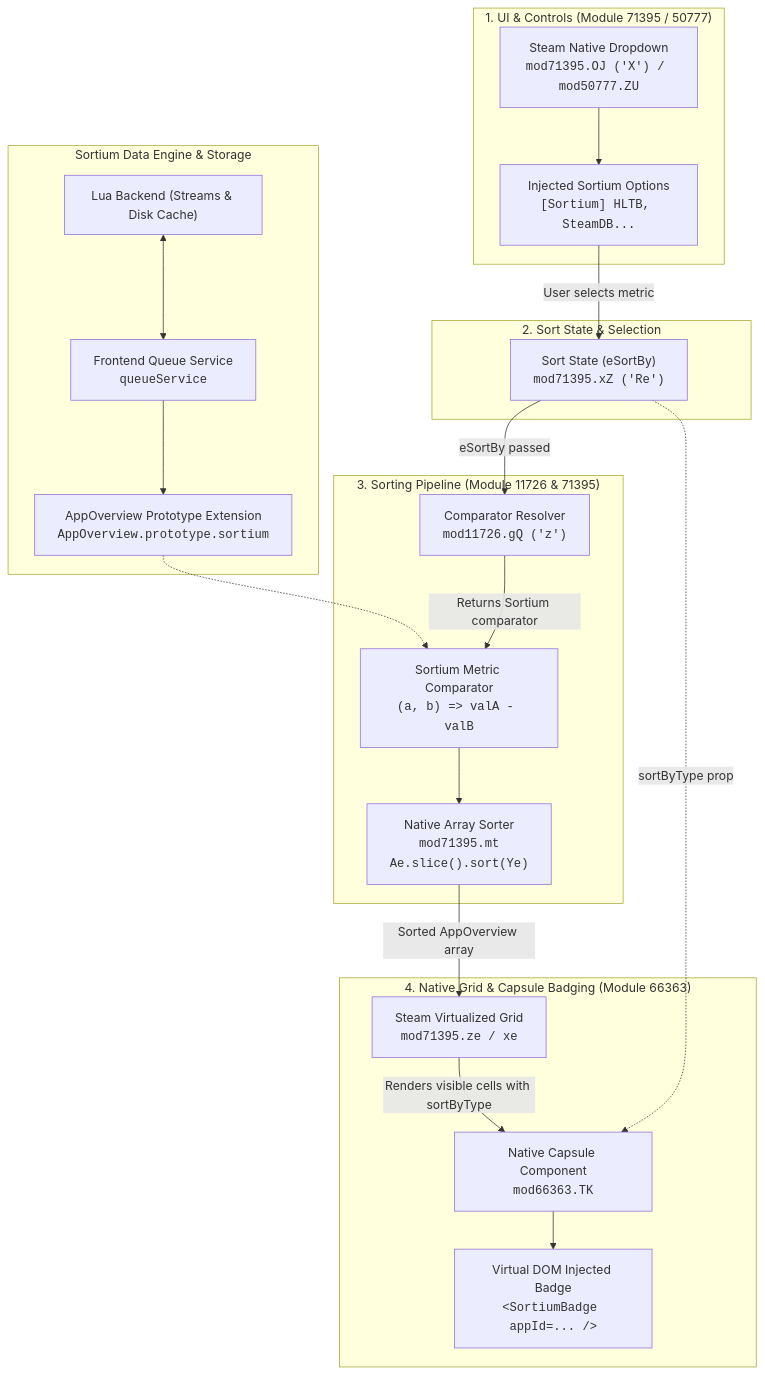
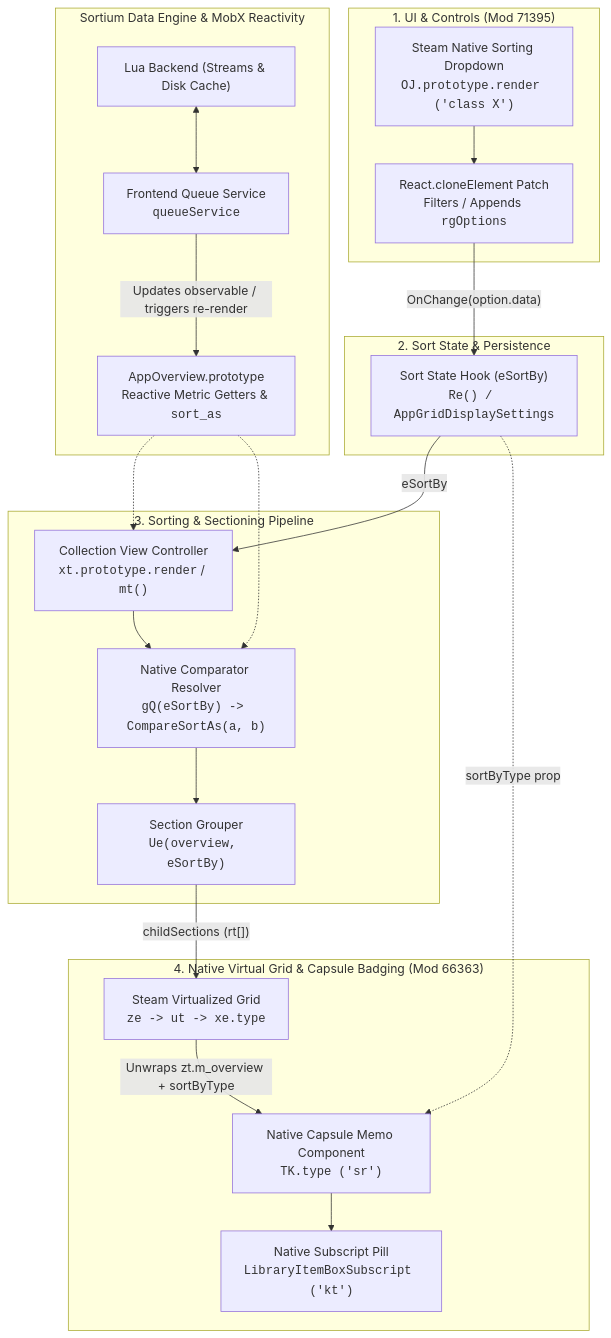
Before and after one commit to SalvadorCorreia/Sortium: the first of 2 diagrams in docs/ARCHITECTURE_NATIVE.md, drawn with Mermaid. The commit also changed other lines of this file, not shown here.

Commit message:
docs(architecture): refine webpack 5 and mobx hooking constraints

````diff
--- a/docs/ARCHITECTURE_NATIVE.md
+++ b/docs/ARCHITECTURE_NATIVE.md
@@ -9,44 +12,45 @@
 ```mermaid
 flowchart TD
-    subgraph UI_Layer["1. UI & Controls (Module 71395 / 50777)"]
-        NativeDropdown["Steam Native Dropdown<br/><code>mod71395.OJ ('X') / mod50777.ZU</code>"]
-        SortiumOptions["Injected Sortium Options<br/><code>[Sortium] HLTB, SteamDB...</code>"]
-        NativeDropdown --> SortiumOptions
+    subgraph UI_Layer["1. UI & Controls (Mod 71395)"]
+        NativeDropdown["Steam Native Sorting Dropdown<br/><code>OJ.prototype.render ('class X')</code>"]
+        ClonePatch["React.cloneElement Patch<br/>Filters / Appends <code>rgOptions</code>"]
+        NativeDropdown --> ClonePatch
     end
 
-    subgraph State_Layer["2. Sort State & Selection"]
-        SortState["Sort State (eSortBy)<br/><code>mod71395.xZ ('Re')</code>"]
-        SortiumOptions -- "User selects metric" --> SortState
+    subgraph State_Layer["2. Sort State & Persistence"]
+        SortState["Sort State Hook (eSortBy)<br/><code>Re() / AppGridDisplaySettings</code>"]
+        ClonePatch -- "OnChange(option.data)" --> SortState
     end
 
-    subgraph Pipeline_Layer["3. Sorting Pipeline (Module 11726 & 71395)"]
-        ComparatorFactory["Comparator Resolver<br/><code>mod11726.gQ ('z')</code>"]
-        SortiumComparator["Sortium Metric Comparator<br/><code>(a, b) => valA - valB</code>"]
-        SortRunner["Native Array Sorter<br/><code>mod71395.mt</code><br/><code>Ae.slice().sort(Ye)</code>"]
+    subgraph Pipeline_Layer["3. Sorting & Sectioning Pipeline"]
+        CollectionPage["Collection View Controller<br/><code>xt.prototype.render</code> / <code>mt()</code>"]
+        ComparatorFallback["Native Comparator Resolver<br/><code>gQ(eSortBy) -> CompareSortAs(a, b)</code>"]
+        SectionGrouper["Section Grouper<br/><code>Ue(overview, eSortBy)</code>"]
         
-        SortState -- "eSortBy passed" --> ComparatorFactory
-        ComparatorFactory -- "Returns Sortium comparator" --> SortiumComparator
-        SortiumComparator --> SortRunner
+        SortState -- "eSortBy" --> CollectionPage
+        CollectionPage --> ComparatorFallback
+        ComparatorFallback --> SectionGrouper
     end
 
-    subgraph Data_Layer["Sortium Data Engine & Storage"]
+    subgraph Data_Layer["Sortium Data Engine & MobX Reactivity"]
         LuaBackend["Lua Backend (Streams & Disk Cache)"]
         QueueService["Frontend Queue Service<br/><code>queueService</code>"]
-        AppOverview["AppOverview Prototype Extension<br/><code>AppOverview.prototype.sortium</code>"]
+        AppOverview["AppOverview.prototype<br/>Reactive Metric Getters & <code>sort_as</code>"]
         
         LuaBackend <--> QueueService
-        QueueService --> AppOverview
-        AppOverview -.-> SortiumComparator
+        QueueService -- "Updates observable / triggers re-render" --> AppOverview
+        AppOverview -.-> CollectionPage
+        AppOverview -.-> ComparatorFallback
     end
 
-    subgraph Render_Layer["4. Native Grid & Capsule Badging (Module 66363)"]
-        NativeGrid["Steam Virtualized Grid<br/><code>mod71395.ze / xe</code>"]
-        NativeCapsule["Native Capsule Component<br/><code>mod66363.TK</code>"]
-        SortiumBadge["Virtual DOM Injected Badge<br/><code>&lt;SortiumBadge appId=... /&gt;</code>"]
+    subgraph Render_Layer["4. Native Virtual Grid & Capsule Badging (Mod 66363)"]
+        NativeGrid["Steam Virtualized Grid<br/><code>ze -> ut -> xe.type</code>"]
+        NativeCapsule["Native Capsule Memo Component<br/><code>TK.type ('sr')</code>"]
+        NativeSubscript["Native Subscript Pill<br/><code>LibraryItemBoxSubscript ('kt')</code>"]
 
-        SortRunner -- "Sorted AppOverview array" --> NativeGrid
-        NativeGrid -- "Renders visible cells with sortByType" --> NativeCapsule
+        SectionGrouper -- "childSections (rt[])" --> NativeGrid
+        NativeGrid -- "Unwraps zt.m_overview + sortByType" --> NativeCapsule
         SortState -. "sortByType prop" .-> NativeCapsule
-        NativeCapsule --> SortiumBadge
+        NativeCapsule --> NativeSubscript
     end
 ```
````
